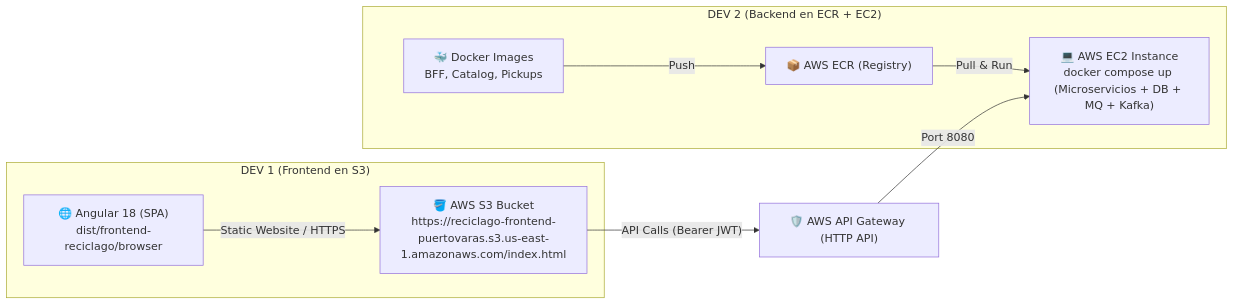
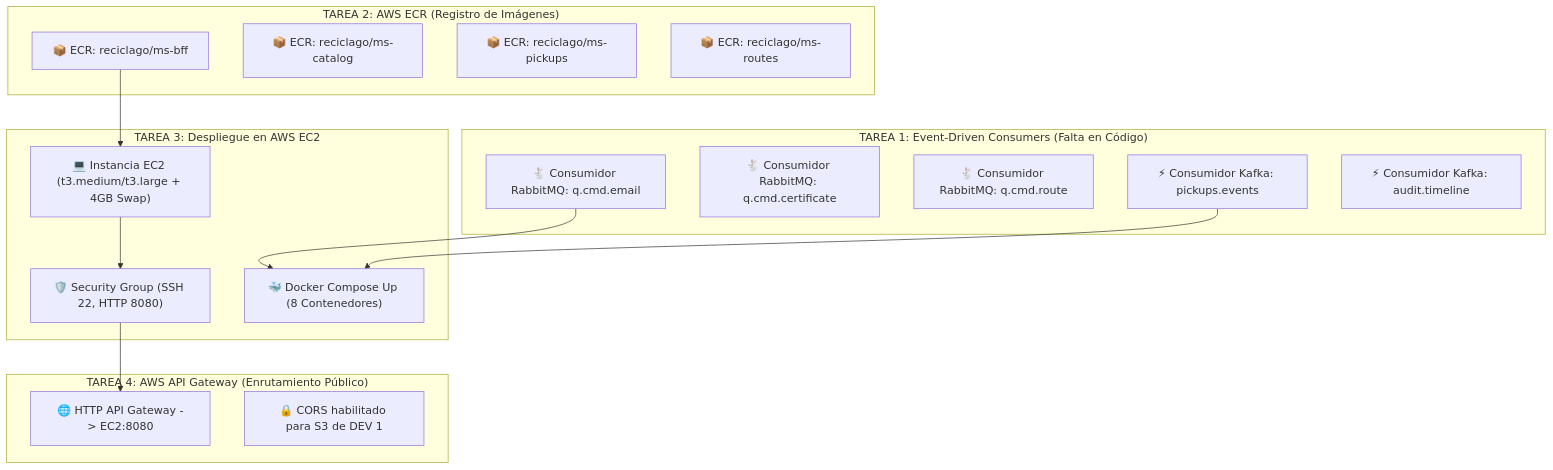
The diagram in ruta_trabajo.md (kr0zapps/reciclago-cloud-nativo), drawn with Mermaid before and after one commit. The commit also changed other lines of this file and 7 other files, not shown here.

````diff
--- a/ruta_trabajo.md
+++ b/ruta_trabajo.md
@@ -323,14 +26,33 @@
 ```mermaid
-graph LR
-    subgraph "DEV 1 (Frontend en S3)"
-        Angular["🌐 Angular 18 (SPA)<br>dist/frontend-reciclago/browser"] -->|"Static Website / HTTPS"| S3["🪣 AWS S3 Bucket<br>https://reciclago-frontend-puertovaras.s3.us-east-1.amazonaws.com/index.html"]
+graph TD
+    subgraph "TAREA 1: Event-Driven Consumers (Falta en Código)"
+        R1["🐇 Consumidor RabbitMQ: q.cmd.email"]
+        R2["🐇 Consumidor RabbitMQ: q.cmd.certificate"]
+        R3["🐇 Consumidor RabbitMQ: q.cmd.route"]
+        K1["⚡ Consumidor Kafka: pickups.events"]
+        K2["⚡ Consumidor Kafka: audit.timeline"]
     end
 
-    subgraph "DEV 2 (Backend en ECR + EC2)"
-        Docker["🐳 Docker Images<br>BFF, Catalog, Pickups"] -->|"Push"| ECR["📦 AWS ECR (Registry)"]
-        ECR -->|"Pull & Run"| EC2["💻 AWS EC2 Instance<br>docker compose up (Microservicios + DB + MQ + Kafka)"]
+    subgraph "TAREA 2: AWS ECR (Registro de Imágenes)"
+        ECR1["📦 ECR: reciclago/ms-bff"]
+        ECR2["📦 ECR: reciclago/ms-catalog"]
+        ECR3["📦 ECR: reciclago/ms-pickups"]
+        ECR4["📦 ECR: reciclago/ms-routes"]
     end
 
-    S3 -->|"API Calls (Bearer JWT)"| APIGW["🛡️ AWS API Gateway (HTTP API)"]
-    APIGW -->|"Port 8080"| EC2
+    subgraph "TAREA 3: Despliegue en AWS EC2"
+        EC2["💻 Instancia EC2 (t3.medium/t3.large + 4GB Swap)"]
+        SG["🛡️ Security Group (SSH 22, HTTP 8080)"]
+        DC["🐳 Docker Compose Up (8 Contenedores)"]
+    end
+
+    subgraph "TAREA 4: AWS API Gateway (Enrutamiento Público)"
+        APIGW["🌐 HTTP API Gateway -> EC2:8080"]
+        CORS["🔒 CORS habilitado para S3 de DEV 1"]
+    end
+
+    R1 --> DC
+    K1 --> DC
+    ECR1 --> EC2
+    EC2 --> SG --> APIGW
 ```
````
